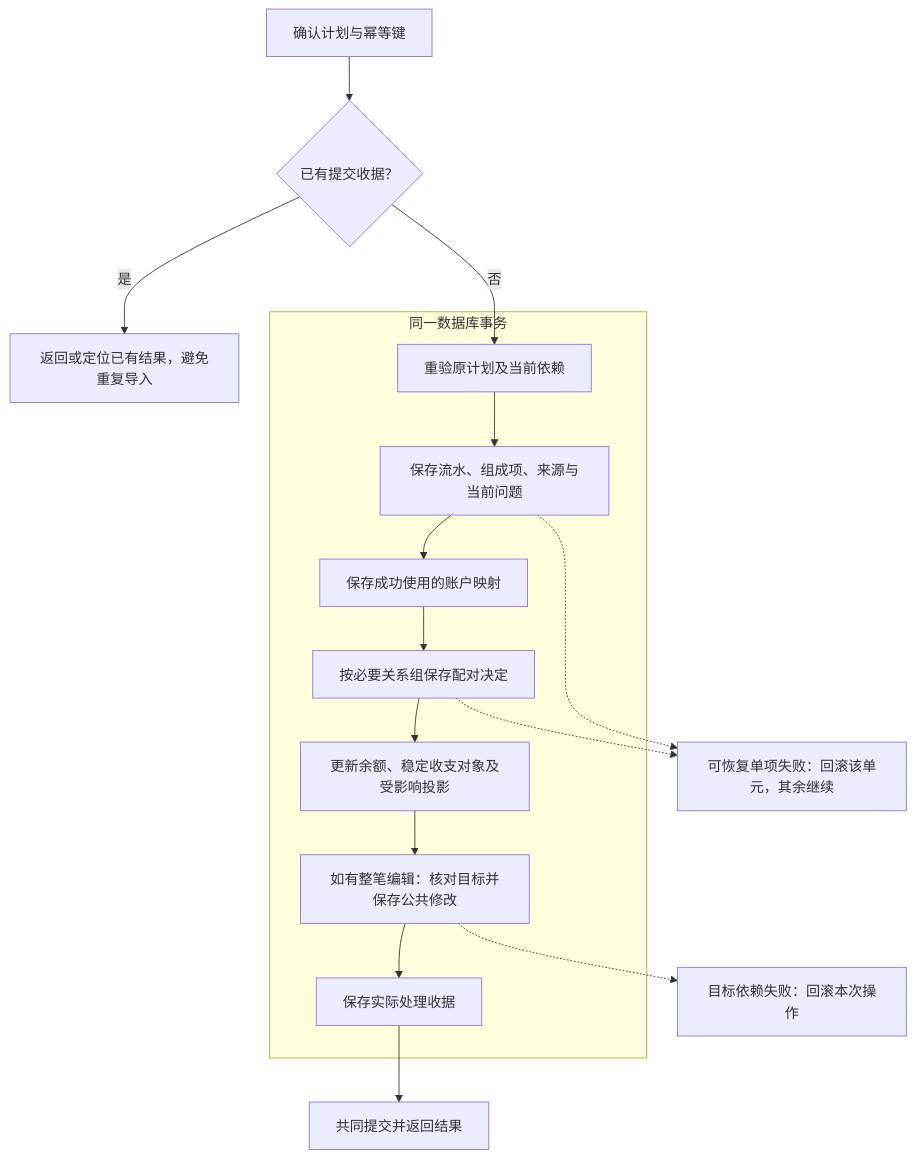
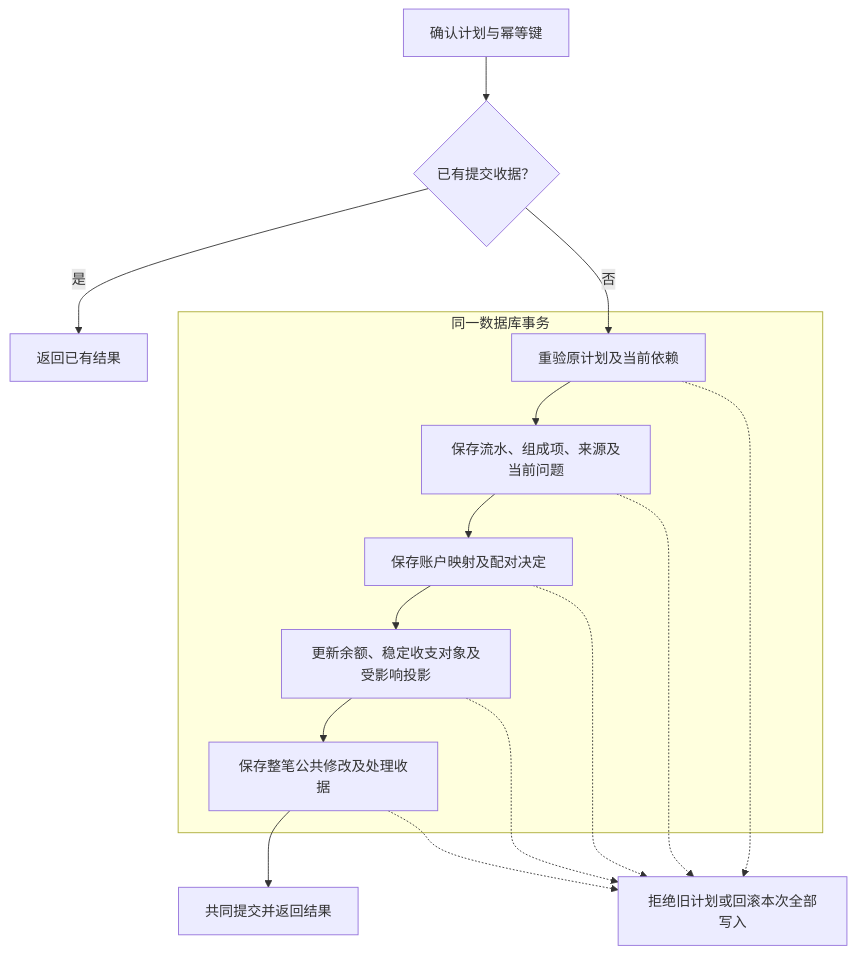
One commit to ssttkkl/finance-tracker changed the fourth of 5 diagrams in docs/cash-import-flow.md. Above: the diagram before and after it, drawn with Mermaid. The commit also changed other lines of this file and 92 other files, not shown here.

````diff
--- a/docs/cash-import-flow.md
+++ b/docs/cash-import-flow.md
@@ -226,18 +225,18 @@
 ```mermaid
 flowchart TD
     A[确认计划与幂等键] --> B{已有提交收据？}
-    B -->|是| R[返回或定位已有结果，避免重复导入]
+    B -->|是| R[返回已有结果]
     B -->|否| C[重验原计划及当前依赖]
     subgraph T[同一数据库事务]
-        C --> D[保存流水、组成项、来源与当前问题]
-        D --> E[保存成功使用的账户映射]
-        E --> F[按必要关系组保存配对决定]
-        F --> G[更新余额、稳定收支对象及受影响投影]
-        G --> K[如有整笔编辑：核对目标并保存公共修改]
-        K --> H[保存实际处理收据]
+        C --> D[保存流水、组成项、来源及当前问题]
+        D --> E[保存账户映射及配对决定]
+        E --> F[更新余额、稳定收支对象及受影响投影]
+        F --> G[保存整笔公共修改及处理收据]
     end
-    H --> I[共同提交并返回结果]
-    D -.-> J[可恢复单项失败：回滚该单元，其余继续]
-    F -.-> J
-    K -.-> X[目标依赖失败：回滚本次操作]
+    G --> H[共同提交并返回结果]
+    C -.-> X[拒绝旧计划或回滚本次全部写入]
+    D -.-> X
+    E -.-> X
+    F -.-> X
+    G -.-> X
 ```
````
